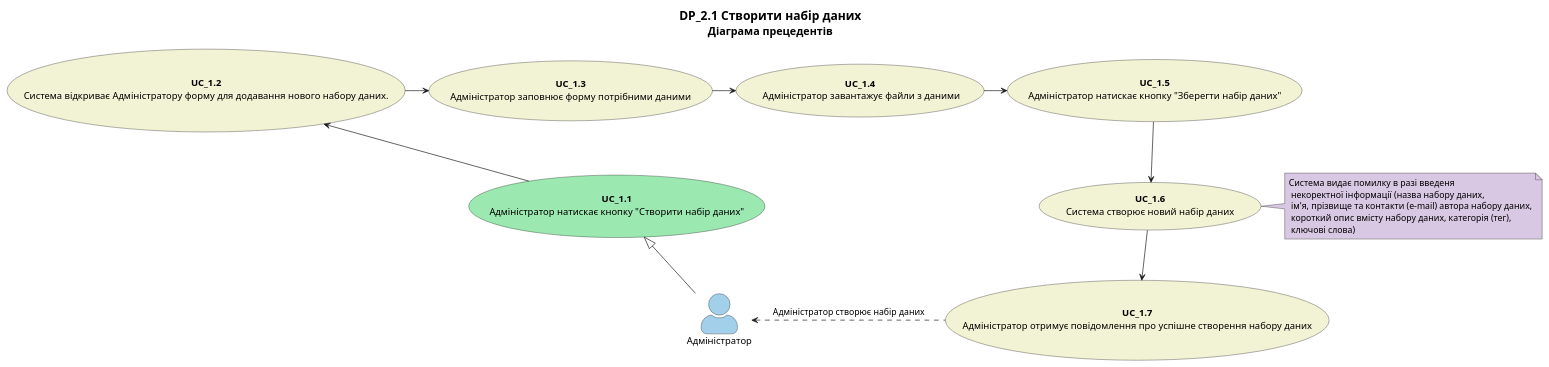
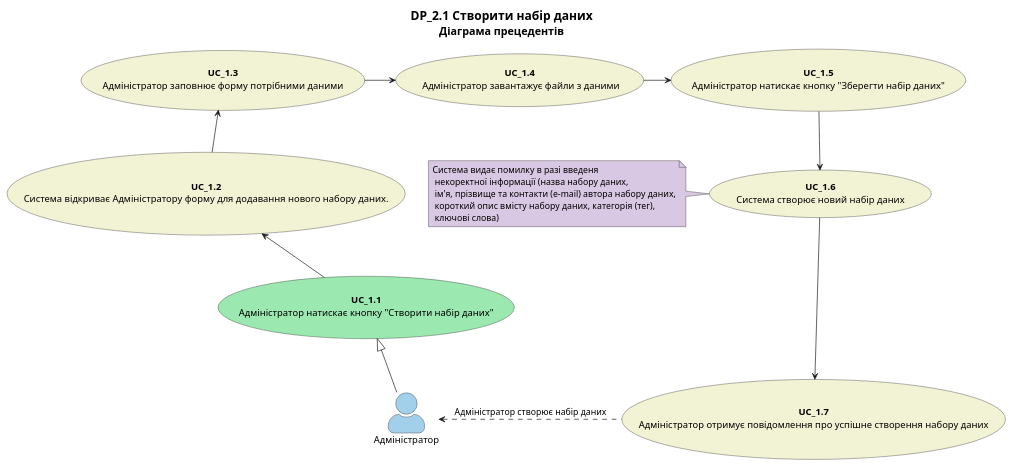
One commit to boldak/edu-db-cw changed the sixth of 11 diagrams in docs/use cases/README.md. Above: the diagram before and after it, drawn with PlantUML. The commit also changed other lines of this file, not shown here.

```diff
--- a/docs/use cases/README.md
+++ b/docs/use cases/README.md
@@ -244,32 +240,32 @@
 @startuml
     
     title
         <font size=18 color=black>DP_2.1 Створити набір даних
         <font size=16 color=black>Діаграма прецедентів
     end title
 
     skinparam actorStyle awesome
 
     actor "Адміністратор" as Admin #a2d0eb
 
     usecase "<b>UC_1.1</b>\nАдміністратор натискає кнопку "Створити набір даних"" as S1 #9be8b0
     usecase "<b>UC_1.2</b>\nСистема відкриває Адміністратору форму для додавання нового набору даних." as S2 #f2f2d5
     usecase "<b>UC_1.3</b>\nАдміністратор заповнює форму потрібними даними" as S3 #f2f2d5
     usecase "<b>UC_1.4</b>\n Адміністратор завантажує файли з даними" as S4 #f2f2d5
     usecase "<b>UC_1.5</b>\nАдміністратор натискає кнопку "Зберегти набір даних"" as S5 #f2f2d5
     usecase "<b>UC_1.6</b>\nСистема створює новий набір даних" as S6 #f2f2d5
     usecase "<b>UC_1.7</b>\nАдміністратор отримує повідомлення про успішне створення набору даних" as S7 #f2f2d5
 
     note "Система видає помилку в разі введеня\n некоректної інформації (назва набору даних,\n ім'я, прізвище та контакти (e-mail) автора набору даних,\n короткий опис вмісту набору даних, категорія (тег),\n ключові слова)" as EX1 #d9c8e3
 
     Admin -up-|> S1
     S1 -up-> S2
-    S2 -right-> S3
+    S2 -up-> S3
     S3 -right-> S4
     S4 -right-> S5
     S5 -down-> S6
-    S6 -right-> EX1
+    S6 -left-> EX1
     S6 -down-> S7
     S7 -left.> Admin: Адміністратор створює набір даних
 
 @enduml
```
